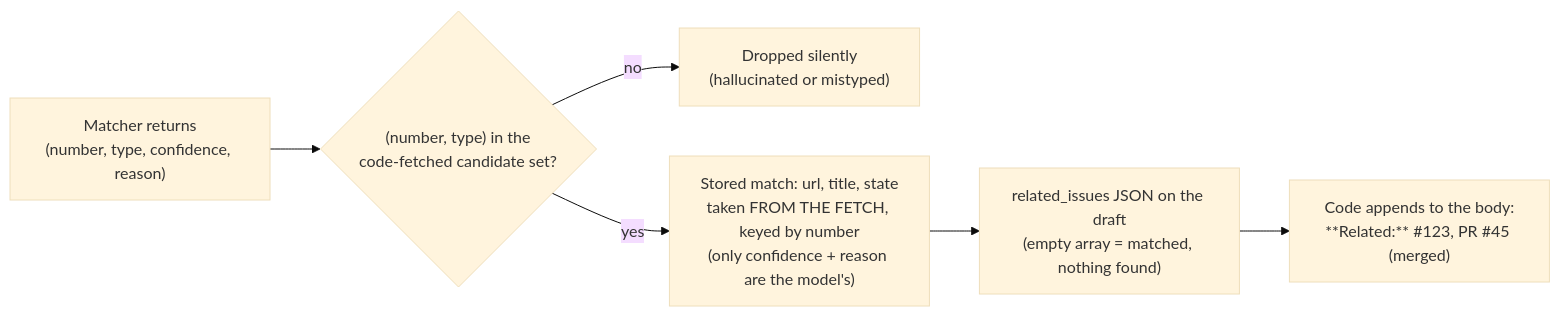
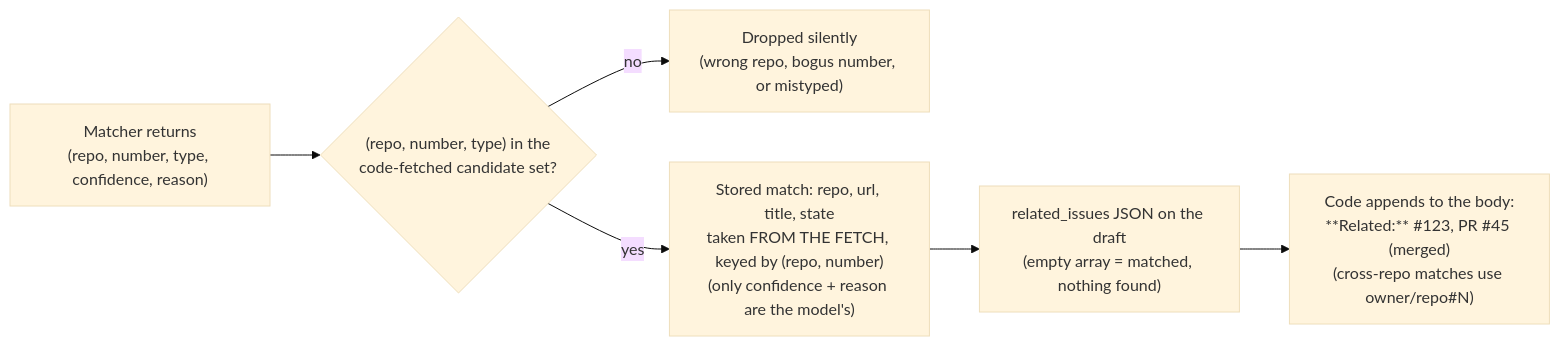
Before and after one commit to kartpop/dashboard: the third of 4 diagrams in docs/goals/architecture/dev-pipeline.md, drawn with Mermaid (base theme). The commit also changed other lines of this file and 15 other files, not shown here.

Commit message:
feat: update issue matcher to perform catalog-wide cross-repo matching and re-process previously empty-matched drafts

````diff
--- a/docs/goals/architecture/dev-pipeline.md
+++ b/docs/goals/architecture/dev-pipeline.md
@@ -247,8 +256,8 @@
 ```mermaid
 flowchart LR
-    A["Matcher returns<br/>(number, type, confidence, reason)"] --> B{"(number, type) in the<br/>code-fetched candidate set?"}
-    B -- no --> C["Dropped silently<br/>(hallucinated or mistyped)"]
-    B -- yes --> D["Stored match: url, title, state<br/>taken FROM THE FETCH, keyed by number<br/>(only confidence + reason are the model's)"]
+    A["Matcher returns<br/>(repo, number, type, confidence, reason)"] --> B{"(repo, number, type) in the<br/>code-fetched candidate set?"}
+    B -- no --> C["Dropped silently<br/>(wrong repo, bogus number, or mistyped)"]
+    B -- yes --> D["Stored match: repo, url, title, state<br/>taken FROM THE FETCH, keyed by (repo, number)<br/>(only confidence + reason are the model's)"]
     D --> E["related_issues JSON on the draft<br/>(empty array = matched, nothing found)"]
-    E --> F["Code appends to the body:<br/>**Related:** #123, PR #45 (merged)"]
+    E --> F["Code appends to the body:<br/>**Related:** #123, PR #45 (merged)<br/>(cross-repo matches use owner/repo#N)"]
 ```
````
